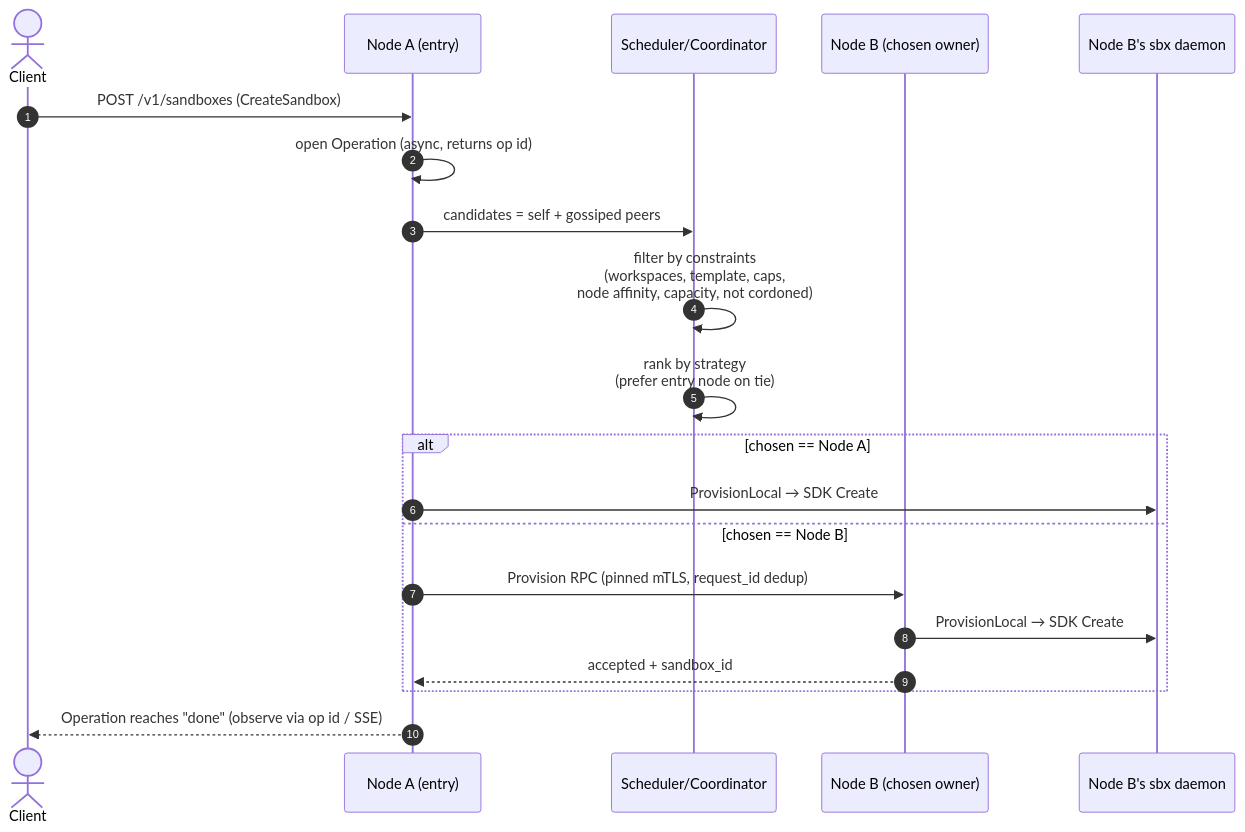
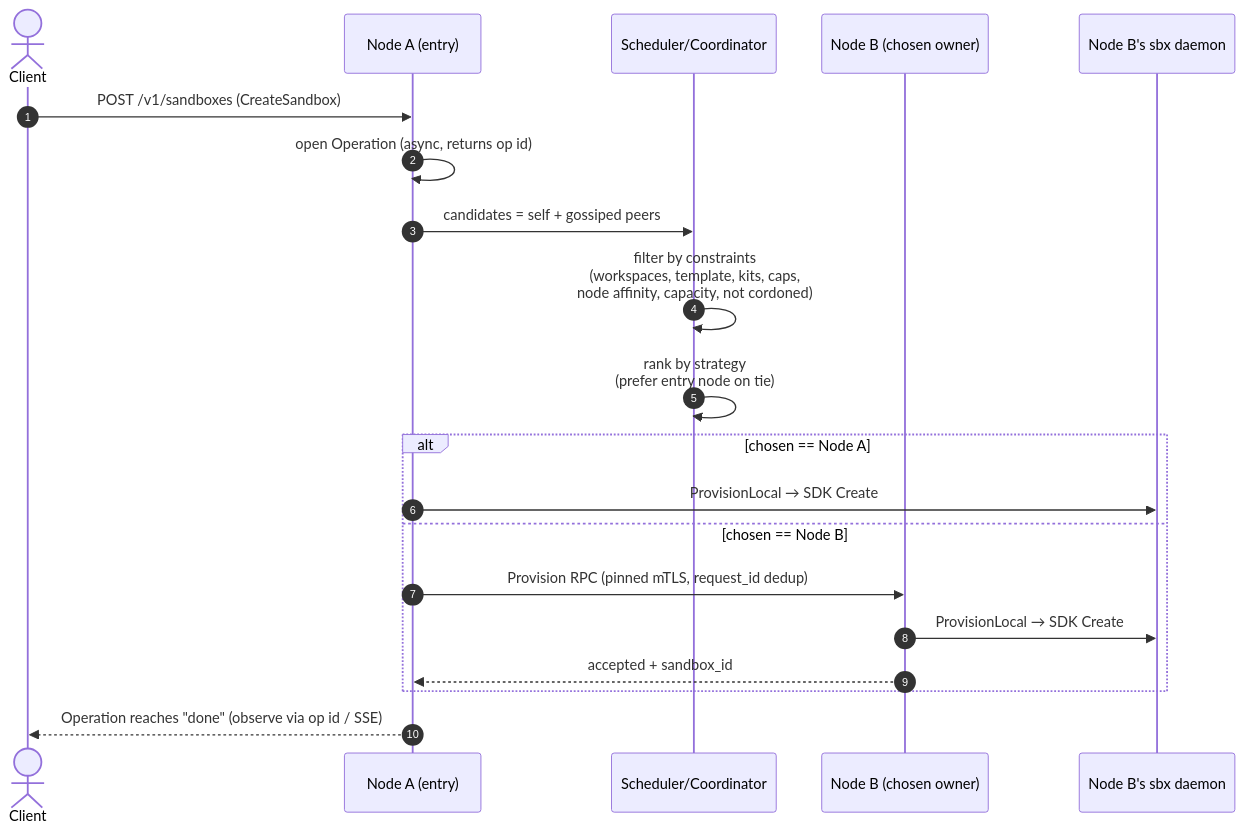
Before and after one commit to squall-chua/sbx-swarm-node: the fourth of 5 diagrams in README.md, drawn with Mermaid. The commit also changed other lines of this file, not shown here.

First line of the commit message:
docs(readme): document the kits config block

````diff
--- a/README.md
+++ b/README.md
@@ -201,23 +201,23 @@
 ```mermaid
 sequenceDiagram
     autonumber
     actor C as Client
     participant A as Node A (entry)
     participant S as Scheduler/Coordinator
     participant B as Node B (chosen owner)
     participant D as Node B's sbx daemon
 
     C->>A: POST /v1/sandboxes (CreateSandbox)
     A->>A: open Operation (async, returns op id)
     A->>S: candidates = self + gossiped peers
-    S->>S: filter by constraints<br/>(workspaces, template, caps,<br/>node affinity, capacity, not cordoned)
+    S->>S: filter by constraints<br/>(workspaces, template, kits, caps,<br/>node affinity, capacity, not cordoned)
     S->>S: rank by strategy<br/>(prefer entry node on tie)
     alt chosen == Node A
         A->>D: ProvisionLocal → SDK Create
     else chosen == Node B
         A->>B: Provision RPC (pinned mTLS, request_id dedup)
         B->>D: ProvisionLocal → SDK Create
         B-->>A: accepted + sandbox_id
     end
     A-->>C: Operation reaches "done" (observe via op id / SSE)
 ```
````
